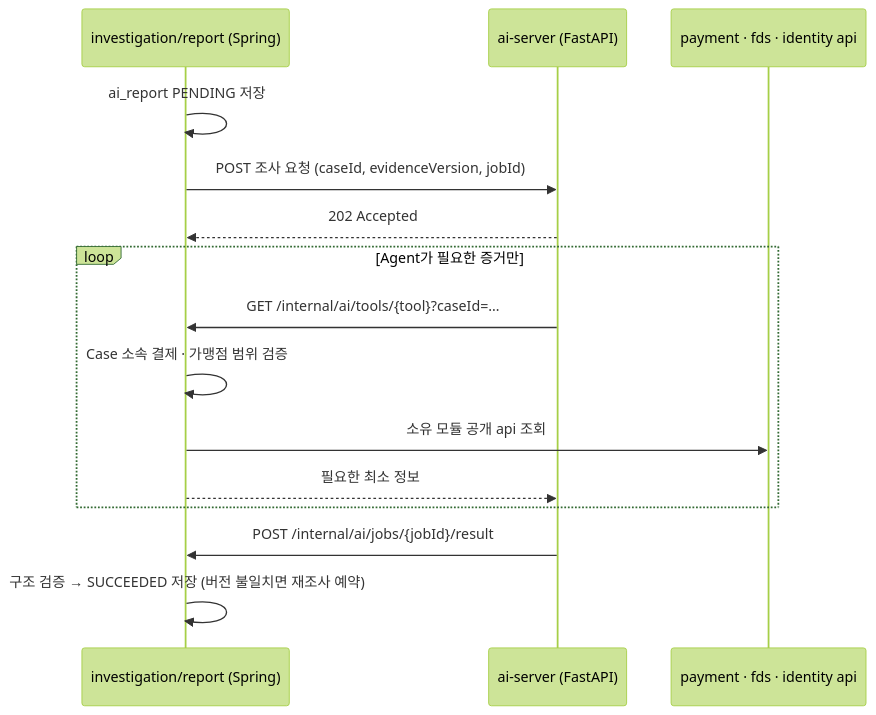
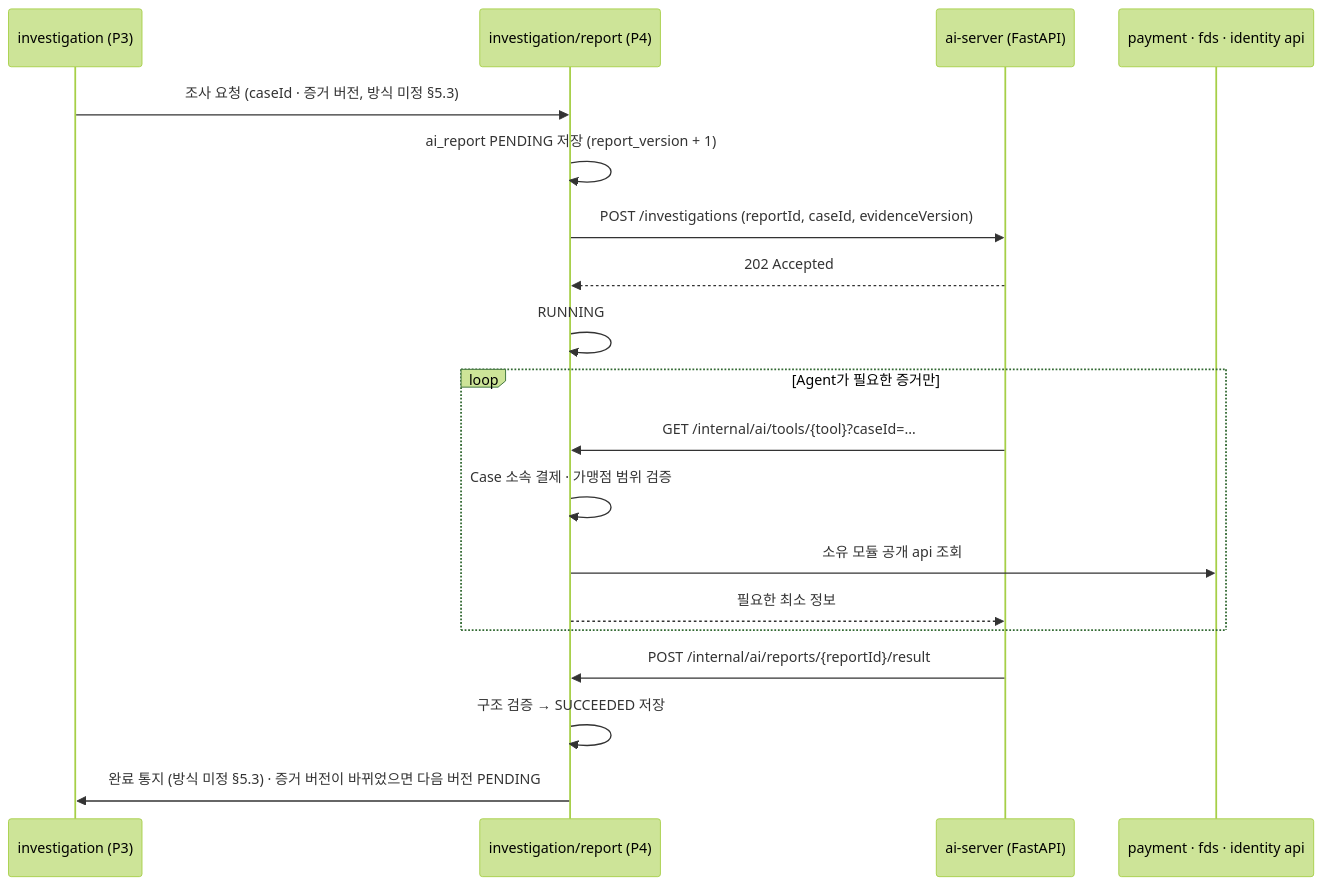
The diagram in docs/decisions/0009-ai-investigation-call-structure.md (team-sweethan/DonWorry), drawn with Mermaid (forest theme) before and after one commit. The commit also changed other lines of this file and 12 other files, not shown here.

First line of the commit message:
docs: fds 정본(ERD Baseline v1)에 문서 정렬, ADR-0009를 ai_report 8개 컬럼 기준으로 개정

````diff
--- a/docs/decisions/0009-ai-investigation-call-structure.md
+++ b/docs/decisions/0009-ai-investigation-call-structure.md
@@ -23,18 +25,22 @@
 ```mermaid
 sequenceDiagram
-    participant R as investigation/report (Spring)
+    participant P3 as investigation (P3)
+    participant R as investigation/report (P4)
     participant A as ai-server (FastAPI)
     participant O as payment · fds · identity api
 
-    R->>R: ai_report PENDING 저장
-    R->>A: POST 조사 요청 (caseId, evidenceVersion, jobId)
+    P3->>R: 조사 요청 (caseId · 증거 버전, 방식 미정 §5.3)
+    R->>R: ai_report PENDING 저장 (report_version + 1)
+    R->>A: POST /investigations (reportId, caseId, evidenceVersion)
     A-->>R: 202 Accepted
+    R->>R: RUNNING
     loop Agent가 필요한 증거만
         A->>R: GET /internal/ai/tools/{tool}?caseId=…
         R->>R: Case 소속 결제 · 가맹점 범위 검증
         R->>O: 소유 모듈 공개 api 조회
         R-->>A: 필요한 최소 정보
     end
-    A->>R: POST /internal/ai/jobs/{jobId}/result
-    R->>R: 구조 검증 → SUCCEEDED 저장 (버전 불일치면 재조사 예약)
+    A->>R: POST /internal/ai/reports/{reportId}/result
+    R->>R: 구조 검증 → SUCCEEDED 저장
+    R->>P3: 완료 통지 (방식 미정 §5.3) · 증거 버전이 바뀌었으면 다음 버전 PENDING
 ```
````
